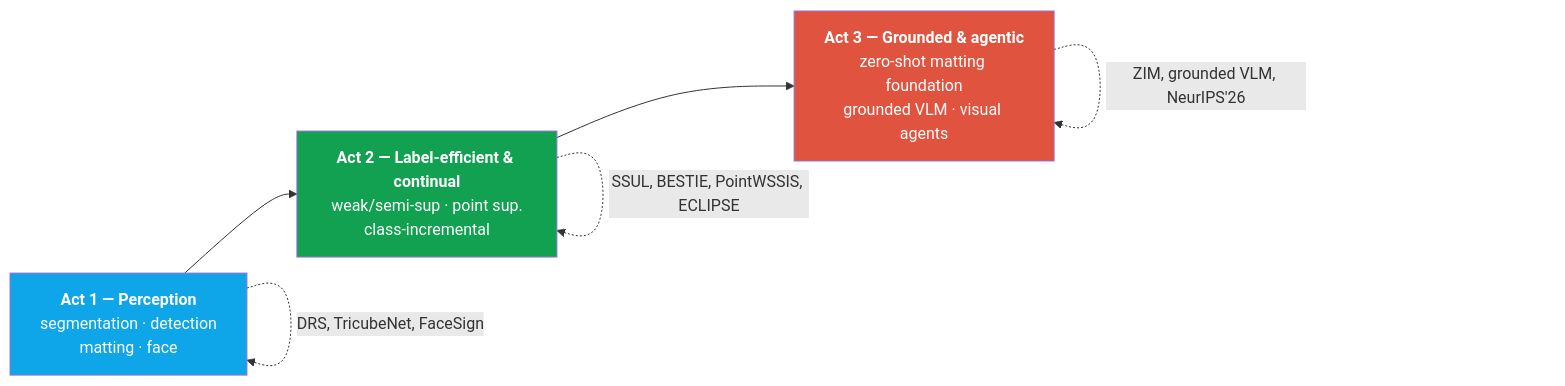
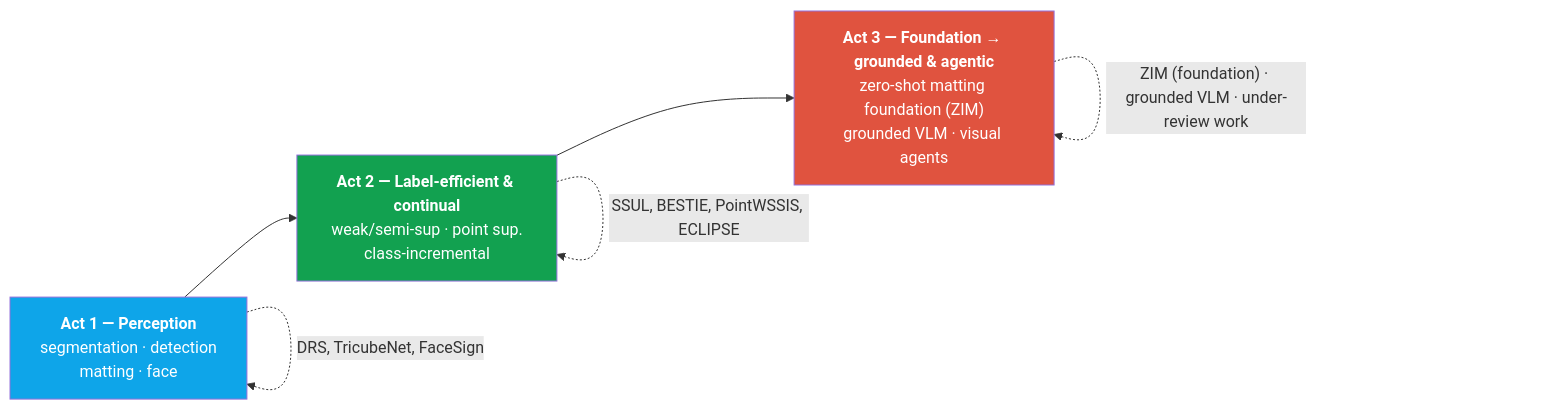
Before and after one commit to beomyoung-kim/ml_study: the diagram in content/resume/overview.ko.md, drawn with Mermaid. The commit also changed other lines of this file and 209 other files, not shown here.

````diff
--- a/content/resume/overview.ko.md
+++ b/content/resume/overview.ko.md
@@ -14,11 +14,11 @@
 ```mermaid
 flowchart LR
   A["<b>Act 1 — Perception</b><br/>segmentation · detection<br/>matting · face"] --> B["<b>Act 2 — Label-efficient &amp; continual</b><br/>weak/semi-sup · point sup.<br/>class-incremental"]
-  B --> C["<b>Act 3 — Grounded &amp; agentic</b><br/>zero-shot matting foundation<br/>grounded VLM · visual agents"]
+  B --> C["<b>Act 3 — Foundation → grounded &amp; agentic</b><br/>zero-shot matting foundation (ZIM)<br/>grounded VLM · visual agents"]
   A -.->|"DRS, TricubeNet, FaceSign"| A
   B -.->|"SSUL, BESTIE, PointWSSIS, ECLIPSE"| B
-  C -.->|"ZIM, grounded VLM, NeurIPS'26"| C
+  C -.->|"ZIM (foundation) · grounded VLM · under-review work"| C
   style A fill:#0ea5e9,color:#fff
   style B fill:#12a150,color:#fff
   style C fill:#e0533f,color:#fff
 ```
````
